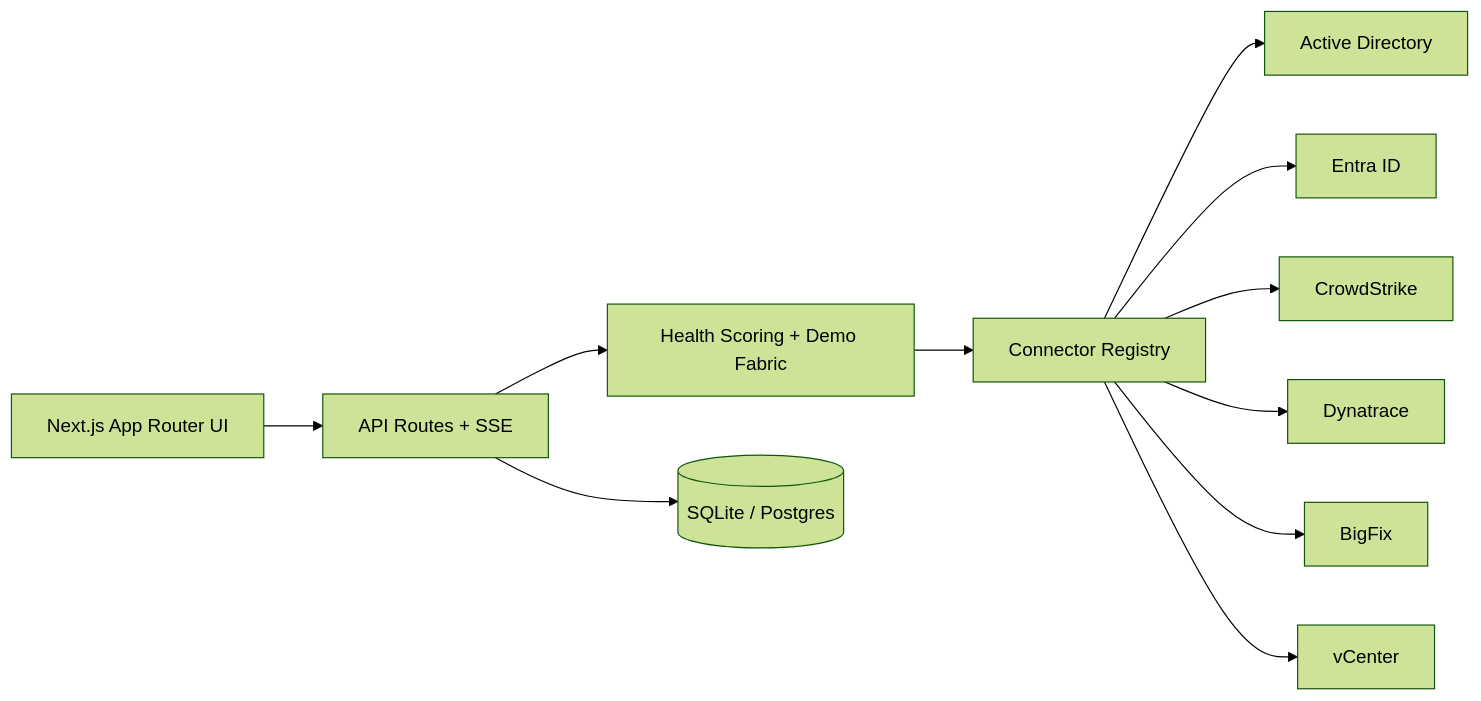
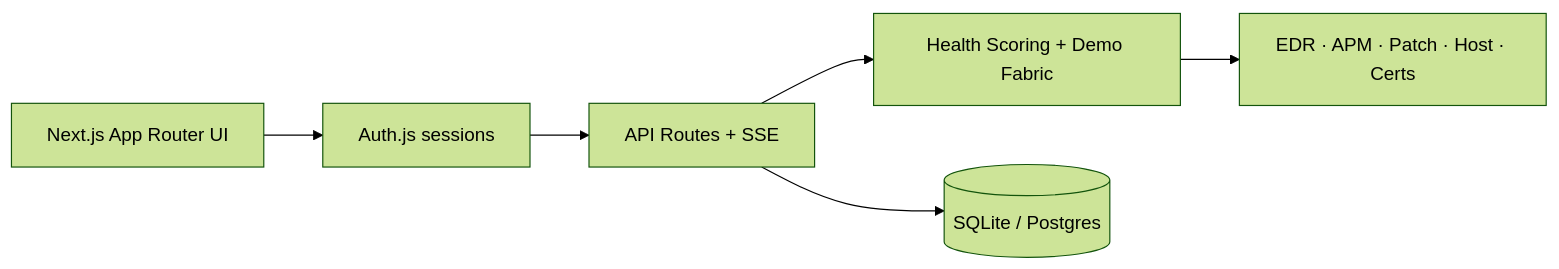
Before and after one commit to btstevens1984az/domain-helix: the diagram in README.md, drawn with Mermaid (forest theme). The commit also changed other lines of this file and 90 other files, not shown here.

````diff
--- a/README.md
+++ b/README.md
@@ -55,13 +55,8 @@
 ```mermaid
 flowchart LR
-  UI[Next.js App Router UI] --> API[API Routes + SSE]
+  UI[Next.js App Router UI] --> Auth[Auth.js sessions]
+  Auth --> API[API Routes + SSE]
   API --> Core[Health Scoring + Demo Fabric]
   API --> Prisma[(SQLite / Postgres)]
-  Core --> Registry[Connector Registry]
-  Registry --> AD[Active Directory]
-  Registry --> Entra[Entra ID]
-  Registry --> CS[CrowdStrike]
-  Registry --> DT[Dynatrace]
-  Registry --> BF[BigFix]
-  Registry --> VM[vCenter]
+  Core --> Signals[EDR · APM · Patch · Host · Certs]
 ```
````
